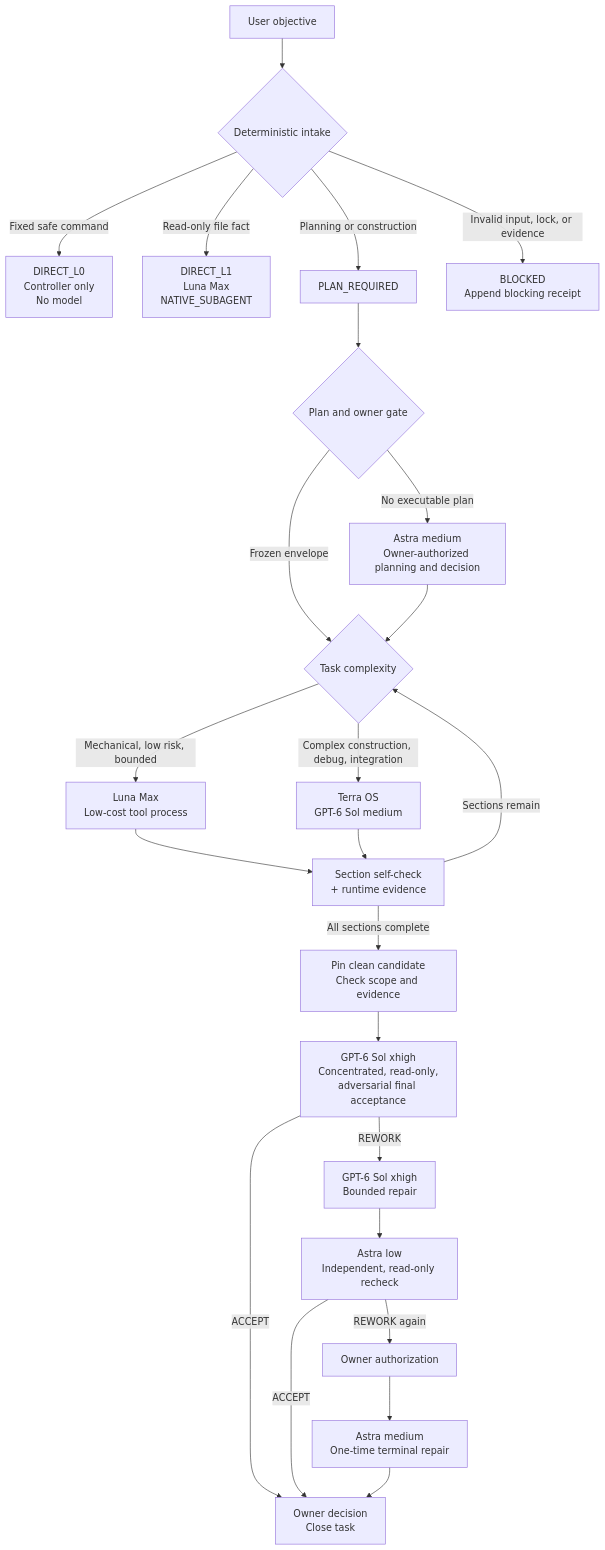
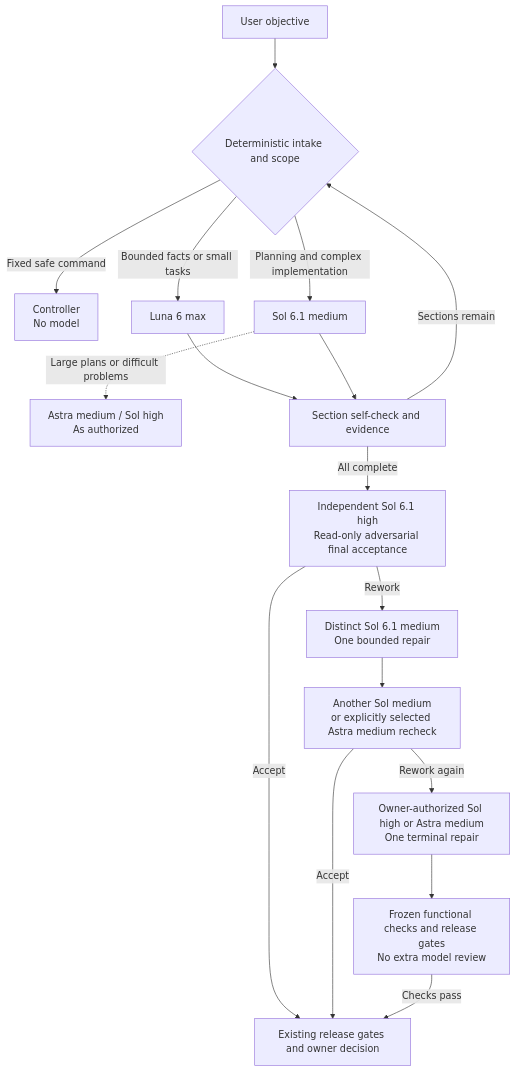
The second of 2 diagrams in README.md (New2taste/codex-team), drawn with Mermaid before and after one commit. The commit also changed other lines of this file and 55 other files, not shown here.

Commit message:
feat(workflow): rebalance Sol 6.1 and Astra roles

````diff
--- a/README.md
+++ b/README.md
@@ -96,27 +90,19 @@
 ```mermaid
 flowchart TD
-    A[User objective] --> B{Deterministic intake}
-    B -->|Fixed safe command| C[DIRECT_L0<br/>Controller only<br/>No model]
-    B -->|Read-only file fact| D[DIRECT_L1<br/>Luna Max<br/>NATIVE_SUBAGENT]
-    B -->|Planning or construction| E[PLAN_REQUIRED]
-    B -->|Invalid input, lock, or evidence| X[BLOCKED<br/>Append blocking receipt]
-
-    E --> F{Plan and owner gate}
-    F -->|No executable plan| G[Astra medium<br/>Owner-authorized planning and decision]
-    F -->|Frozen envelope| H{Task complexity}
-    G --> H
-    H -->|Mechanical, low risk, bounded| I[Luna Max<br/>Low-cost tool process]
-    H -->|Complex construction, debug, integration| J[Terra OS<br/>GPT-6 Sol medium]
-    I --> K[Section self-check<br/>+ runtime evidence]
-    J --> K
-    K -->|Sections remain| H
-    K -->|All sections complete| L[Pin clean candidate<br/>Check scope and evidence]
-    L --> M[GPT-6 Sol xhigh<br/>Concentrated, read-only,<br/>adversarial final acceptance]
-    M -->|ACCEPT| N[Owner decision<br/>Close task]
-    M -->|REWORK| O[GPT-6 Sol xhigh<br/>Bounded repair]
-    O --> P[Astra low<br/>Independent, read-only recheck]
-    P -->|ACCEPT| N
-    P -->|REWORK again| Q[Owner authorization]
-    Q --> R[Astra medium<br/>One-time terminal repair]
-    R --> N
+    A[User objective] --> B{Deterministic intake and scope}
+    B -->|Fixed safe command| C[Controller<br/>No model]
+    B -->|Bounded facts or small tasks| D[Luna 6 max]
+    B -->|Planning and complex implementation| E[Sol 6.1 medium]
+    E -. Large plans or difficult problems .-> F[Astra medium / Sol high<br/>As authorized]
+    D --> G[Section self-check and evidence]
+    E --> G
+    G -->|Sections remain| B
+    G -->|All complete| H[Independent Sol 6.1 high<br/>Read-only adversarial final acceptance]
+    H -->|Accept| I[Existing release gates and owner decision]
+    H -->|Rework| J[Distinct Sol 6.1 medium<br/>One bounded repair]
+    J --> K[Another Sol medium<br/>or explicitly selected Astra medium recheck]
+    K -->|Accept| I
+    K -->|Rework again| L[Owner-authorized Sol high or Astra medium<br/>One terminal repair]
+    L --> M[Frozen functional checks and release gates<br/>No extra model review]
+    M -->|Checks pass| I
 ```
````
